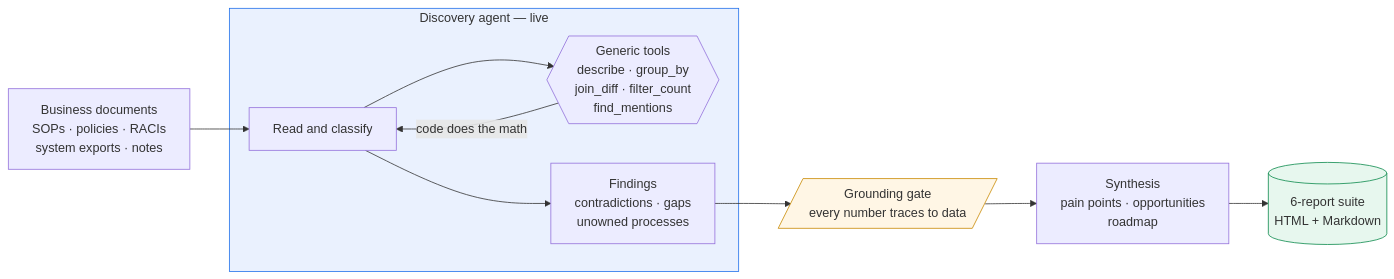
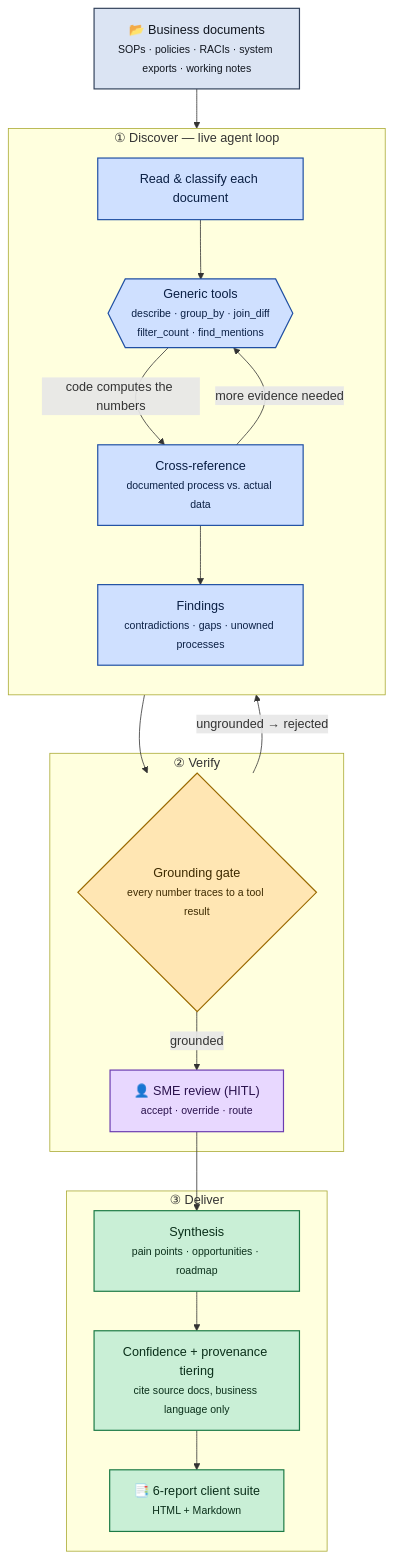
One commit to auropro-hyd/Agentic-Discovery-Platform changed the diagram in README.md. Above: the diagram before and after it, drawn with Mermaid. The commit also changed other lines of this file, not shown here.

Commit message:
docs: higher-contrast, more detailed README flowchart
Three colour-coded phases (Discover / Verify / Deliver) with explicit dark-on-light
classDef colours (readable in light & dark themes). Adds the tool loop, the grounding
gate's reject-back-to-agent path, the SME HITL review, and confidence/provenance tiering.

````diff
--- a/README.md
+++ b/README.md
@@ -13,18 +13,46 @@
 ```mermaid
-flowchart LR
-    D[Business documents<br/>SOPs · policies · RACIs<br/>system exports · notes] --> A
+flowchart TB
+    D["📂 Business documents<br/><small>SOPs · policies · RACIs · system exports · working notes</small>"]
 
-    subgraph Agent["Discovery agent — live"]
-      A[Read and classify] --> T{{Generic tools<br/>describe · group_by<br/>join_diff · filter_count<br/>find_mentions}}
-      T -->|code does the math| A
-      A --> F[Findings<br/>contradictions · gaps<br/>unowned processes]
+    subgraph DISCOVER["① Discover — live agent loop"]
+      direction TB
+      A["Read &amp; classify each document"]
+      T{{"Generic tools<br/><small>describe · group_by · join_diff<br/>filter_count · find_mentions</small>"}}
+      X["Cross-reference<br/><small>documented process vs. actual data</small>"]
+      A --> T
+      T -- "code computes the numbers" --> X
+      X -- "more evidence needed" --> T
+      X --> F["Findings<br/><small>contradictions · gaps · unowned processes</small>"]
     end
 
-    F --> G[/Grounding gate<br/>every number traces to data/]
-    G --> S[Synthesis<br/>pain points · opportunities<br/>roadmap]
-    S --> R[(6-report suite<br/>HTML + Markdown)]
+    subgraph REVIEW["② Verify"]
+      G{"Grounding gate<br/><small>every number traces to a tool result</small>"}
+      H["👤 SME review (HITL)<br/><small>accept · override · route</small>"]
+      G -- "ungrounded → rejected" --> A
+      G -- "grounded" --> H
+    end
 
-    style Agent fill:#eaf1fe,stroke:#1f6feb
-    style G fill:#fff6e5,stroke:#c98a00
-    style R fill:#e7f7ee,stroke:#0b8a4b
+    subgraph DELIVER["③ Deliver"]
+      S["Synthesis<br/><small>pain points · opportunities · roadmap</small>"]
+      C["Confidence + provenance tiering<br/><small>cite source docs, business language only</small>"]
+      R["📑 6-report client suite<br/><small>HTML + Markdown</small>"]
+      S --> C --> R
+    end
+
+    D --> A
+    F --> G
+    H --> S
+
+    %% high-contrast: dark text on light fills (readable in light & dark themes)
+    classDef src     fill:#dbe4f3,stroke:#33425b,stroke-width:1.5px,color:#11161f;
+    classDef agent   fill:#cfe0ff,stroke:#1f4fa3,stroke-width:1.5px,color:#0a1f44;
+    classDef gate    fill:#ffe6b3,stroke:#9a6a00,stroke-width:1.5px,color:#3d2a00;
+    classDef human   fill:#e8d8ff,stroke:#6a3bb0,stroke-width:1.5px,color:#2a124d;
+    classDef out     fill:#c9efd6,stroke:#1b7a45,stroke-width:1.5px,color:#0a2f1a;
+
+    class D src;
+    class A,T,X,F agent;
+    class G gate;
+    class H human;
+    class S,C,R out;
 ```
````
